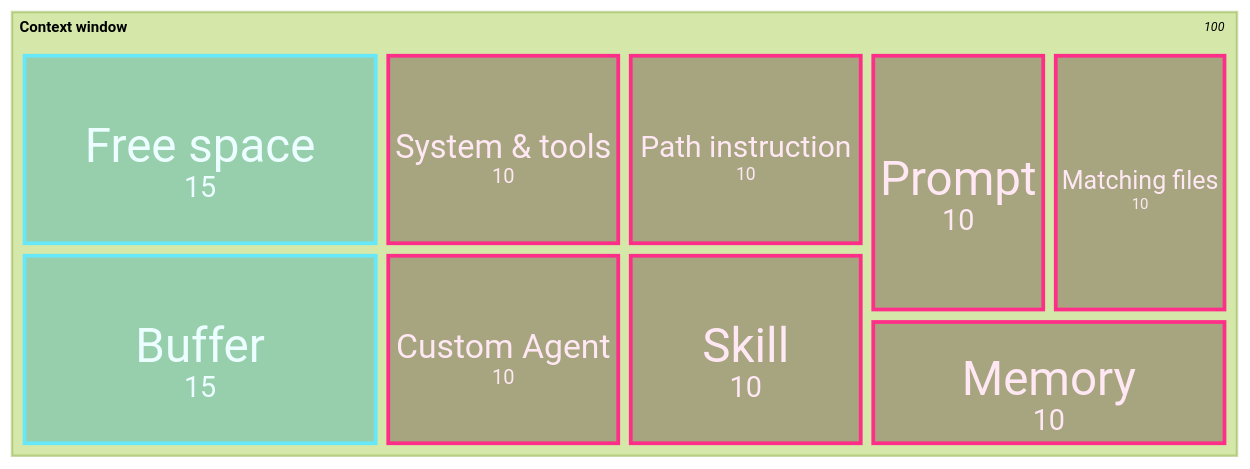
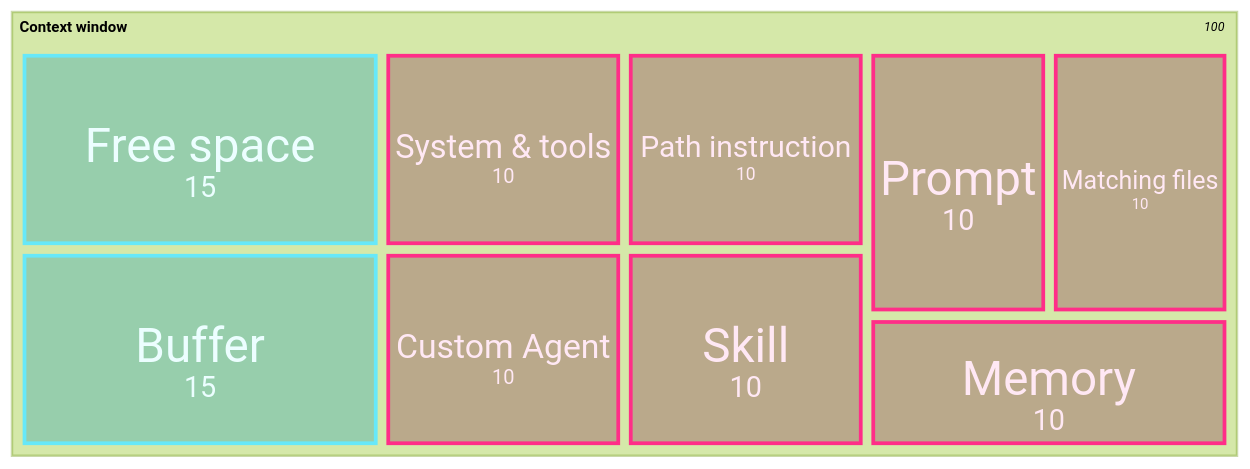
The fourth of 5 diagrams in src/content/glossary/context-engineering.md (theomonfort/theomonfort), drawn with Mermaid (forest theme) before and after one commit. The commit also changed other lines of this file, not shown here.

````diff
--- a/src/content/glossary/context-engineering.md
+++ b/src/content/glossary/context-engineering.md
@@ -90,15 +90,15 @@
 ```mermaid
 treemap-beta
 "Context window"
   "System & tools": 10:::used
   "Custom Agent": 10:::used
   "Path instruction": 10:::used
   "Skill": 10:::used
   "Prompt": 10:::used
   "Matching files": 10:::used
   "Memory": 10:::used
   "Free space": 15:::free
   "Buffer": 15:::free
-classDef used fill:#3b0b24,stroke:#ff2e88,color:#ffe8f4
+classDef used fill:#7a1748,stroke:#ff2e88,color:#ffe8f4
 classDef free fill:#0891b2,stroke:#67e8f9,color:#ecfeff
 ```
````
